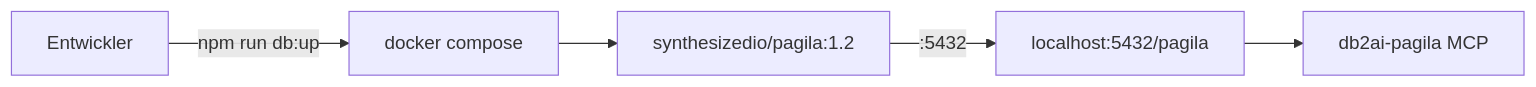
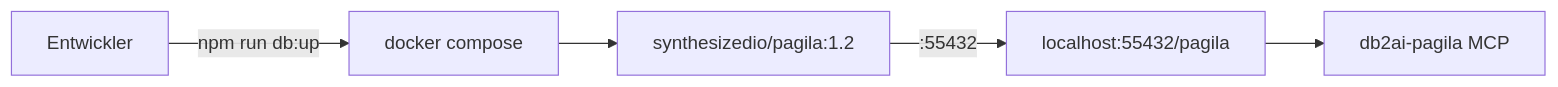
One commit to annettedorothea/db2ai changed the diagram in .cursor/plans/done/pagila-docker-setup.md. Above: the diagram before and after it, drawn with Mermaid. The commit also changed other lines of this file and 27 other files, not shown here.

````diff
--- a/.cursor/plans/done/pagila-docker-setup.md
+++ b/.cursor/plans/done/pagila-docker-setup.md
@@ -66,7 +66,7 @@
 ```mermaid
 flowchart LR
   dev[Entwickler] -->|"npm run db:up"| compose[docker compose]
   compose --> img["synthesizedio/pagila:1.2"]
-  img -->|":5432"| host[localhost:5432/pagila]
+  img -->|":55432"| host[localhost:55432/pagila]
   host --> mcp[db2ai-pagila MCP]
 ```
````
